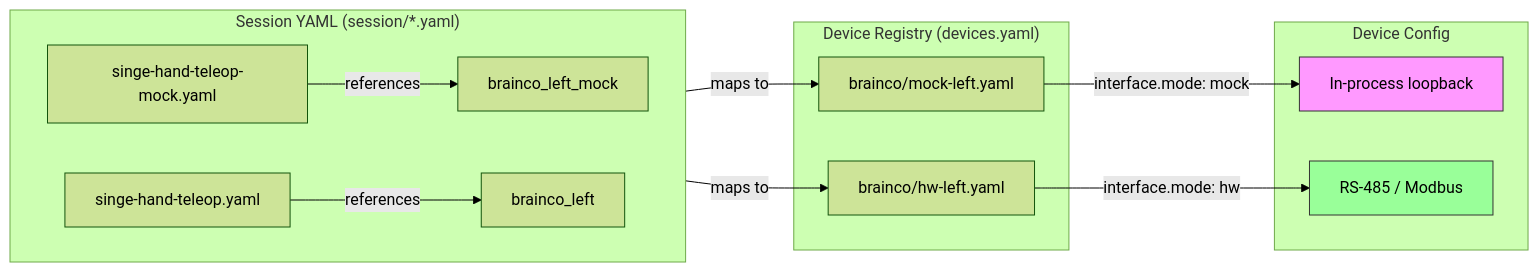
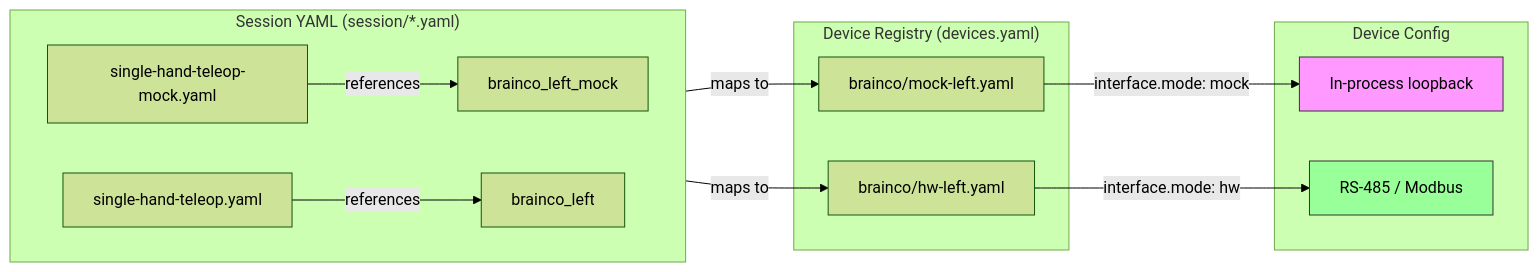
The diagram in docs/mock-to-real-hw.md (TechShare-inc/ts-dexim-manus-brainco), drawn with Mermaid (forest theme) before and after one commit. The commit also changed other lines of this file, not shown here.

First line of the commit message:
docs(mock-to-real-hw): update session YAML references and enhance troubleshooting steps

````diff
--- a/docs/mock-to-real-hw.md
+++ b/docs/mock-to-real-hw.md
@@ -16,21 +16,21 @@
 ```mermaid
 flowchart LR
     subgraph Session["Session YAML (session/*.yaml)"]
         direction LR
-        SM[singe-hand-teleop-mock.yaml] -->|references| DBM[brainco_left_mock]
-        SH[singe-hand-teleop.yaml] -->|references| DBH[brainco_left]
+        SM[single-hand-teleop-mock.yaml] -->|references| DBM[brainco_left_mock]
+        SH[single-hand-teleop.yaml] -->|references| DBH[brainco_left]
     end
 
     subgraph Registry["Device Registry (devices.yaml)"]
         DBM -->|maps to| MOCK[brainco/mock-left.yaml]
         DBH -->|maps to| HW[brainco/hw-left.yaml]
     end
 
     subgraph Device["Device Config"]
         MOCK -->|interface.mode: mock| LP[In-process loopback]
         HW -->|interface.mode: hw| RS[RS-485 / Modbus]
     end
 
     style LP fill:#f9f,stroke:#333
     style RS fill:#9f9,stroke:#333
 ```
````
